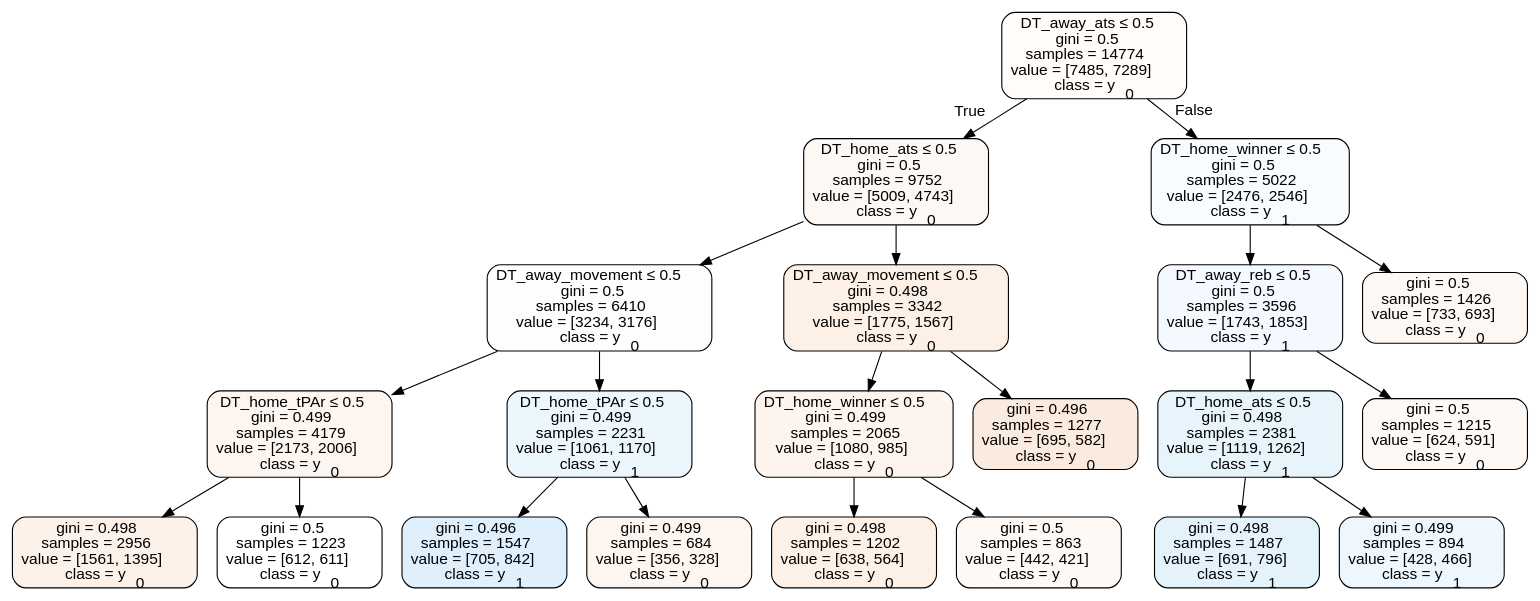
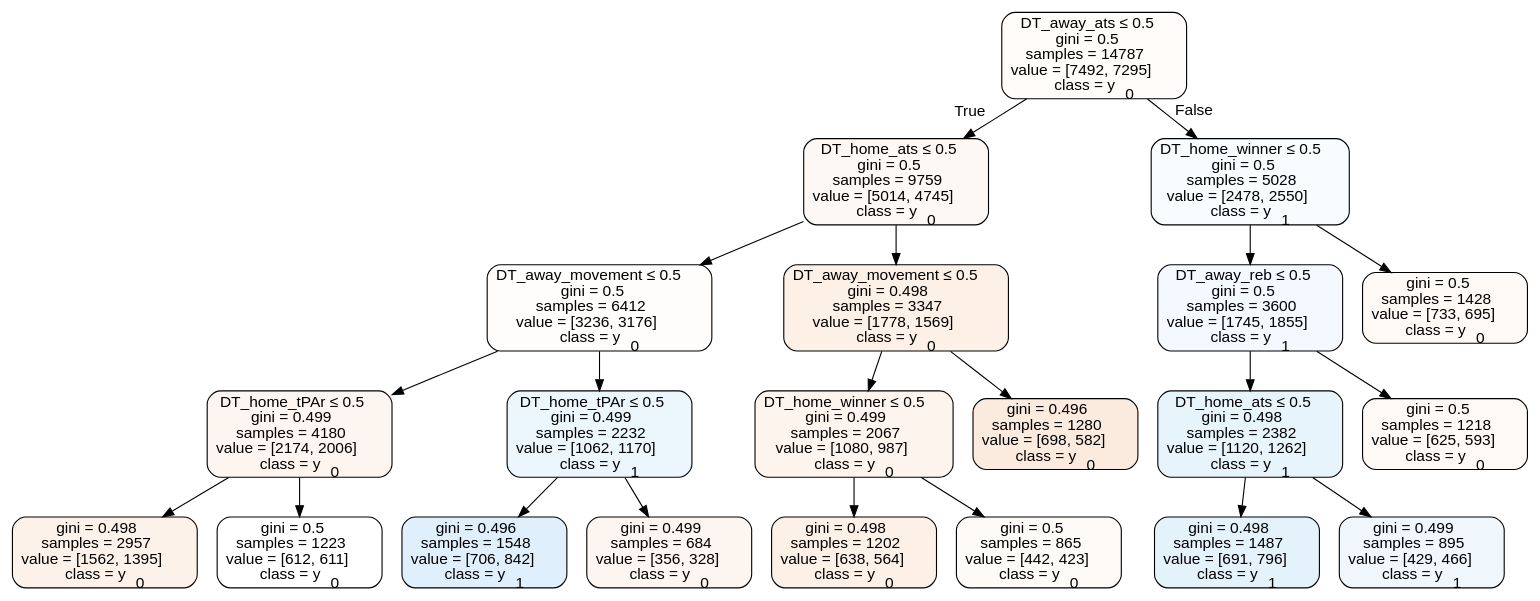
The diagram in Basketball/data/trees/tree2017home.dot (usbogie/ncaa-bets), drawn with Graphviz before and after one commit. The commit also changed 9 other files, not shown here.

```diff
--- a/Basketball/data/trees/tree2017home.dot
+++ b/Basketball/data/trees/tree2017home.dot
@@ -1,45 +1,45 @@
 digraph Tree {
 node [shape=box, style="filled, rounded", color="black", fontname=helvetica] ;
 edge [fontname=helvetica] ;
-0 [label=<DT_away_ats &le; 0.5<br/>gini = 0.5<br/>samples = 14774<br/>value = [7485, 7289]<br/>class = y<SUB>0</SUB>>, fillcolor="#e5813907"] ;
-1 [label=<DT_home_ats &le; 0.5<br/>gini = 0.5<br/>samples = 9752<br/>value = [5009, 4743]<br/>class = y<SUB>0</SUB>>, fillcolor="#e581390e"] ;
+0 [label=<DT_away_ats &le; 0.5<br/>gini = 0.5<br/>samples = 14787<br/>value = [7492, 7295]<br/>class = y<SUB>0</SUB>>, fillcolor="#e5813907"] ;
+1 [label=<DT_home_ats &le; 0.5<br/>gini = 0.5<br/>samples = 9759<br/>value = [5014, 4745]<br/>class = y<SUB>0</SUB>>, fillcolor="#e581390e"] ;
 0 -> 1 [labeldistance=2.5, labelangle=45, headlabel="True"] ;
-2 [label=<DT_away_movement &le; 0.5<br/>gini = 0.5<br/>samples = 6410<br/>value = [3234, 3176]<br/>class = y<SUB>0</SUB>>, fillcolor="#e5813905"] ;
+2 [label=<DT_away_movement &le; 0.5<br/>gini = 0.5<br/>samples = 6412<br/>value = [3236, 3176]<br/>class = y<SUB>0</SUB>>, fillcolor="#e5813905"] ;
 1 -> 2 ;
-3 [label=<DT_home_tPAr &le; 0.5<br/>gini = 0.499<br/>samples = 4179<br/>value = [2173, 2006]<br/>class = y<SUB>0</SUB>>, fillcolor="#e5813914"] ;
+3 [label=<DT_home_tPAr &le; 0.5<br/>gini = 0.499<br/>samples = 4180<br/>value = [2174, 2006]<br/>class = y<SUB>0</SUB>>, fillcolor="#e5813914"] ;
 2 -> 3 ;
-4 [label=<gini = 0.498<br/>samples = 2956<br/>value = [1561, 1395]<br/>class = y<SUB>0</SUB>>, fillcolor="#e581391b"] ;
+4 [label=<gini = 0.498<br/>samples = 2957<br/>value = [1562, 1395]<br/>class = y<SUB>0</SUB>>, fillcolor="#e581391b"] ;
 3 -> 4 ;
 5 [label=<gini = 0.5<br/>samples = 1223<br/>value = [612, 611]<br/>class = y<SUB>0</SUB>>, fillcolor="#e5813900"] ;
 3 -> 5 ;
-6 [label=<DT_home_tPAr &le; 0.5<br/>gini = 0.499<br/>samples = 2231<br/>value = [1061, 1170]<br/>class = y<SUB>1</SUB>>, fillcolor="#399de518"] ;
+6 [label=<DT_home_tPAr &le; 0.5<br/>gini = 0.499<br/>samples = 2232<br/>value = [1062, 1170]<br/>class = y<SUB>1</SUB>>, fillcolor="#399de518"] ;
 2 -> 6 ;
-7 [label=<gini = 0.496<br/>samples = 1547<br/>value = [705, 842]<br/>class = y<SUB>1</SUB>>, fillcolor="#399de529"] ;
+7 [label=<gini = 0.496<br/>samples = 1548<br/>value = [706, 842]<br/>class = y<SUB>1</SUB>>, fillcolor="#399de529"] ;
 6 -> 7 ;
 8 [label=<gini = 0.499<br/>samples = 684<br/>value = [356, 328]<br/>class = y<SUB>0</SUB>>, fillcolor="#e5813914"] ;
 6 -> 8 ;
-9 [label=<DT_away_movement &le; 0.5<br/>gini = 0.498<br/>samples = 3342<br/>value = [1775, 1567]<br/>class = y<SUB>0</SUB>>, fillcolor="#e581391e"] ;
+9 [label=<DT_away_movement &le; 0.5<br/>gini = 0.498<br/>samples = 3347<br/>value = [1778, 1569]<br/>class = y<SUB>0</SUB>>, fillcolor="#e581391e"] ;
 1 -> 9 ;
-10 [label=<DT_home_winner &le; 0.5<br/>gini = 0.499<br/>samples = 2065<br/>value = [1080, 985]<br/>class = y<SUB>0</SUB>>, fillcolor="#e5813916"] ;
+10 [label=<DT_home_winner &le; 0.5<br/>gini = 0.499<br/>samples = 2067<br/>value = [1080, 987]<br/>class = y<SUB>0</SUB>>, fillcolor="#e5813916"] ;
 9 -> 10 ;
 11 [label=<gini = 0.498<br/>samples = 1202<br/>value = [638, 564]<br/>class = y<SUB>0</SUB>>, fillcolor="#e581391e"] ;
 10 -> 11 ;
-12 [label=<gini = 0.5<br/>samples = 863<br/>value = [442, 421]<br/>class = y<SUB>0</SUB>>, fillcolor="#e581390c"] ;
+12 [label=<gini = 0.5<br/>samples = 865<br/>value = [442, 423]<br/>class = y<SUB>0</SUB>>, fillcolor="#e581390b"] ;
 10 -> 12 ;
-13 [label=<gini = 0.496<br/>samples = 1277<br/>value = [695, 582]<br/>class = y<SUB>0</SUB>>, fillcolor="#e5813929"] ;
+13 [label=<gini = 0.496<br/>samples = 1280<br/>value = [698, 582]<br/>class = y<SUB>0</SUB>>, fillcolor="#e581392a"] ;
 9 -> 13 ;
-14 [label=<DT_home_winner &le; 0.5<br/>gini = 0.5<br/>samples = 5022<br/>value = [2476, 2546]<br/>class = y<SUB>1</SUB>>, fillcolor="#399de507"] ;
+14 [label=<DT_home_winner &le; 0.5<br/>gini = 0.5<br/>samples = 5028<br/>value = [2478, 2550]<br/>class = y<SUB>1</SUB>>, fillcolor="#399de507"] ;
 0 -> 14 [labeldistance=2.5, labelangle=-45, headlabel="False"] ;
-15 [label=<DT_away_reb &le; 0.5<br/>gini = 0.5<br/>samples = 3596<br/>value = [1743, 1853]<br/>class = y<SUB>1</SUB>>, fillcolor="#399de50f"] ;
+15 [label=<DT_away_reb &le; 0.5<br/>gini = 0.5<br/>samples = 3600<br/>value = [1745, 1855]<br/>class = y<SUB>1</SUB>>, fillcolor="#399de50f"] ;
 14 -> 15 ;
-16 [label=<DT_home_ats &le; 0.5<br/>gini = 0.498<br/>samples = 2381<br/>value = [1119, 1262]<br/>class = y<SUB>1</SUB>>, fillcolor="#399de51d"] ;
+16 [label=<DT_home_ats &le; 0.5<br/>gini = 0.498<br/>samples = 2382<br/>value = [1120, 1262]<br/>class = y<SUB>1</SUB>>, fillcolor="#399de51d"] ;
 15 -> 16 ;
 17 [label=<gini = 0.498<br/>samples = 1487<br/>value = [691, 796]<br/>class = y<SUB>1</SUB>>, fillcolor="#399de522"] ;
 16 -> 17 ;
-18 [label=<gini = 0.499<br/>samples = 894<br/>value = [428, 466]<br/>class = y<SUB>1</SUB>>, fillcolor="#399de515"] ;
+18 [label=<gini = 0.499<br/>samples = 895<br/>value = [429, 466]<br/>class = y<SUB>1</SUB>>, fillcolor="#399de514"] ;
 16 -> 18 ;
-19 [label=<gini = 0.5<br/>samples = 1215<br/>value = [624, 591]<br/>class = y<SUB>0</SUB>>, fillcolor="#e581390d"] ;
+19 [label=<gini = 0.5<br/>samples = 1218<br/>value = [625, 593]<br/>class = y<SUB>0</SUB>>, fillcolor="#e581390d"] ;
 15 -> 19 ;
-20 [label=<gini = 0.5<br/>samples = 1426<br/>value = [733, 693]<br/>class = y<SUB>0</SUB>>, fillcolor="#e581390e"] ;
+20 [label=<gini = 0.5<br/>samples = 1428<br/>value = [733, 695]<br/>class = y<SUB>0</SUB>>, fillcolor="#e581390d"] ;
 14 -> 20 ;
 }
```
